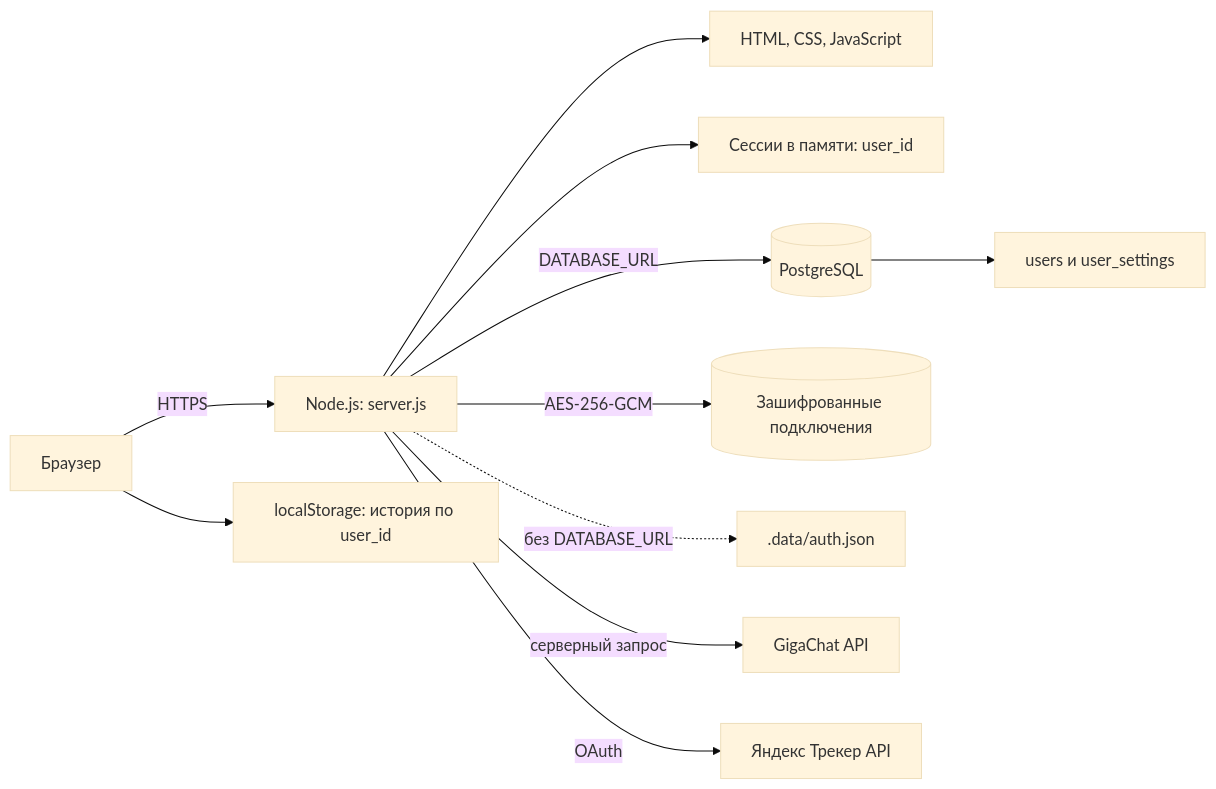
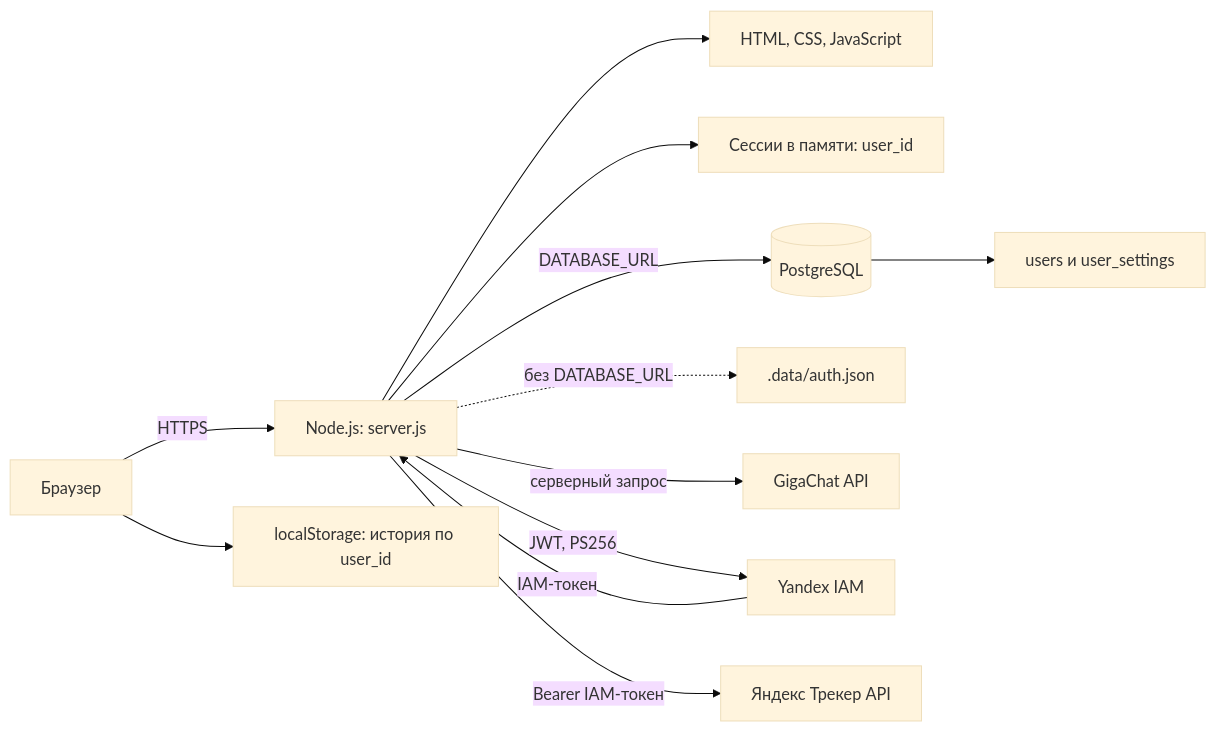
Before and after one commit to oh-ricardo/task-helper: the diagram in docs/architecture.md, drawn with Mermaid (base theme). The commit also changed other lines of this file and 10 other files, not shown here.

Commit message:
Use IAM service account for Tracker

````diff
--- a/docs/architecture.md
+++ b/docs/architecture.md
@@ -9,13 +9,14 @@
 ```mermaid
 flowchart LR
   Browser[Браузер] -->|HTTPS| App[Node.js: server.js]
   App --> Static[HTML, CSS, JavaScript]
   App --> Session[Сессии в памяти: user_id]
   App -->|DATABASE_URL| Postgres[(PostgreSQL)]
   Postgres --> Users[users и user_settings]
-  App -->|AES-256-GCM| TrackerConnection[(Зашифрованные подключения)]
   App -. без DATABASE_URL .-> File[.data/auth.json]
   App -->|серверный запрос| GigaChat[GigaChat API]
-  App -->|OAuth| Tracker[Яндекс Трекер API]
+  App -->|JWT, PS256| IAM[Yandex IAM]
+  IAM -->|IAM-токен| App
+  App -->|Bearer IAM-токен| Tracker[Яндекс Трекер API]
   Browser --> LocalStorage[localStorage: история по user_id]
 ```
````
